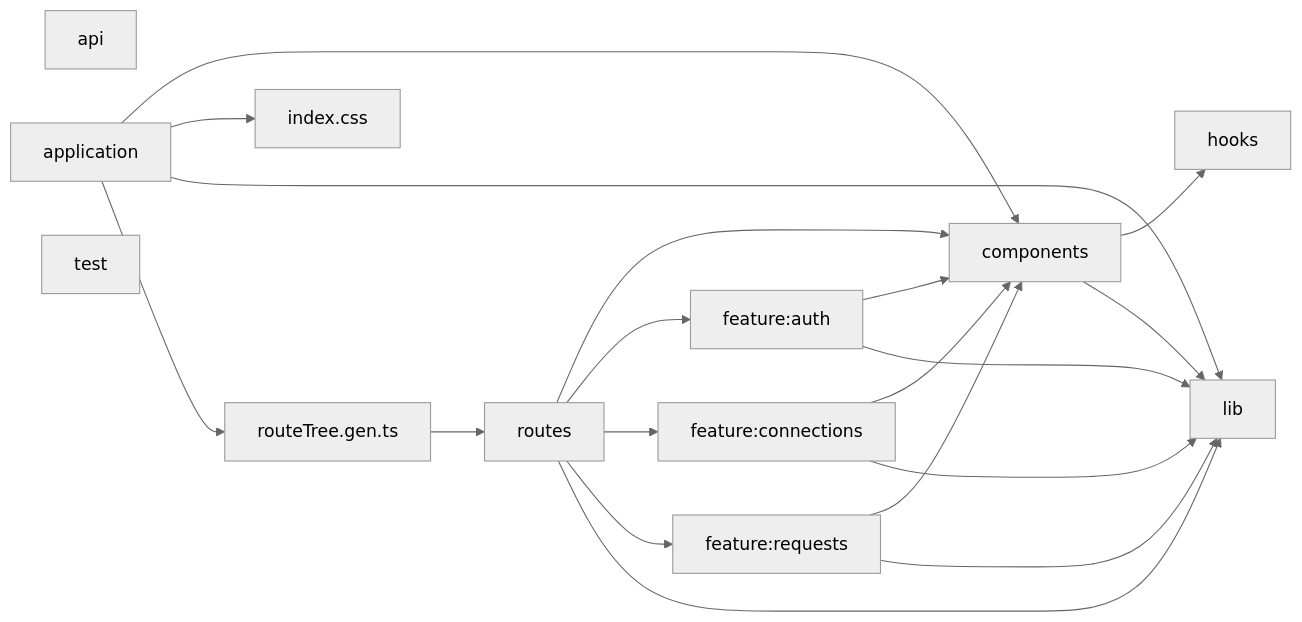
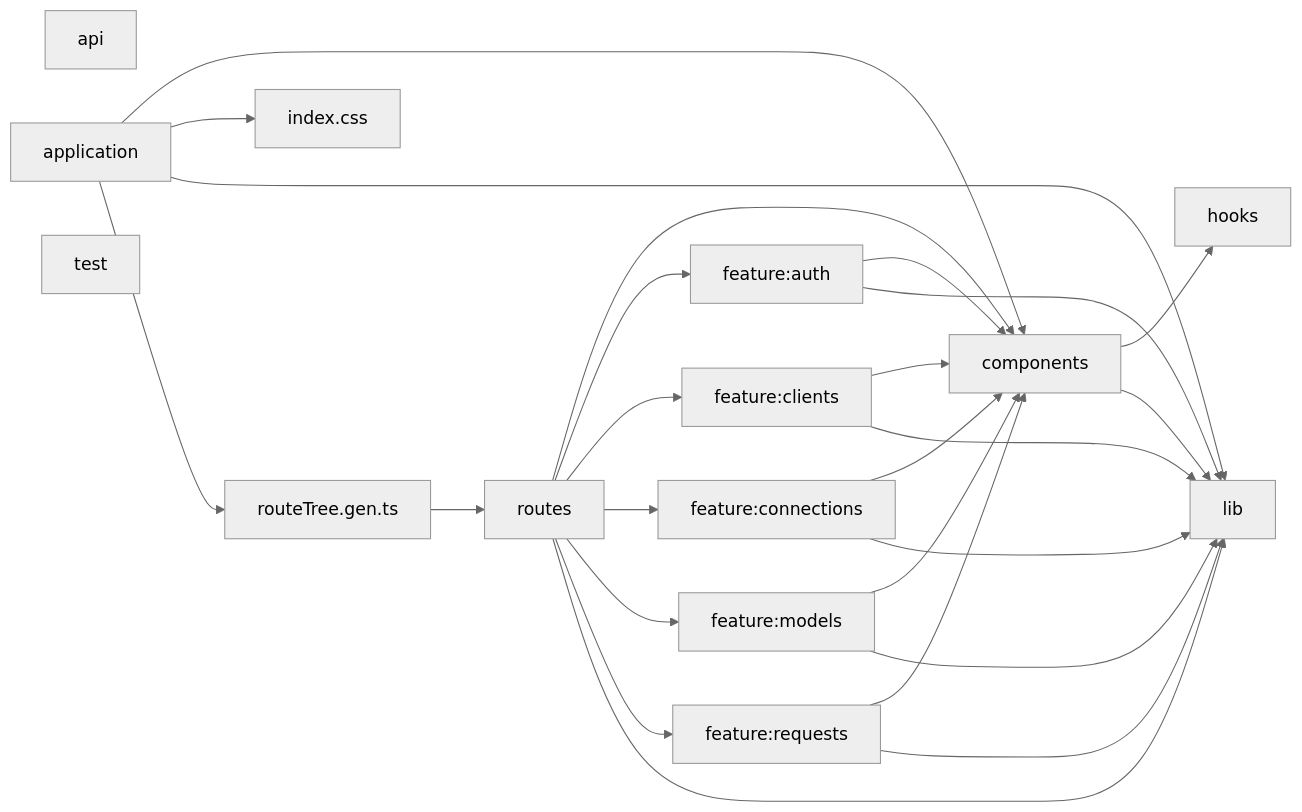
One commit to zzwtsy/ai-api-gateway changed the second of 2 diagrams in docs/architecture/generated-module-graph.md. Above: the diagram before and after it, drawn with Mermaid (neutral theme). The commit also changed other lines of this file and 18 other files, not shown here.

````diff
--- a/docs/architecture/generated-module-graph.md
+++ b/docs/architecture/generated-module-graph.md
@@ -87,33 +105,41 @@
 ```mermaid
 flowchart LR
   n_617069["api"]
   n_6170706c69636174696f6e["application"]
   n_636f6d706f6e656e7473["components"]
   n_666561747572653a61757468["feature:auth"]
+  n_666561747572653a636c69656e7473["feature:clients"]
   n_666561747572653a636f6e6e656374696f6e73["feature:connections"]
+  n_666561747572653a6d6f64656c73["feature:models"]
   n_666561747572653a7265717565737473["feature:requests"]
   n_686f6f6b73["hooks"]
   n_696e6465782e637373["index.css"]
   n_6c6962["lib"]
   n_726f757465547265652e67656e2e7473["routeTree.gen.ts"]
   n_726f75746573["routes"]
   n_74657374["test"]
   n_6170706c69636174696f6e --> n_636f6d706f6e656e7473
   n_6170706c69636174696f6e --> n_696e6465782e637373
   n_6170706c69636174696f6e --> n_6c6962
   n_6170706c69636174696f6e --> n_726f757465547265652e67656e2e7473
   n_636f6d706f6e656e7473 --> n_686f6f6b73
   n_636f6d706f6e656e7473 --> n_6c6962
   n_666561747572653a61757468 --> n_636f6d706f6e656e7473
   n_666561747572653a61757468 --> n_6c6962
+  n_666561747572653a636c69656e7473 --> n_636f6d706f6e656e7473
+  n_666561747572653a636c69656e7473 --> n_6c6962
   n_666561747572653a636f6e6e656374696f6e73 --> n_636f6d706f6e656e7473
   n_666561747572653a636f6e6e656374696f6e73 --> n_6c6962
+  n_666561747572653a6d6f64656c73 --> n_636f6d706f6e656e7473
+  n_666561747572653a6d6f64656c73 --> n_6c6962
   n_666561747572653a7265717565737473 --> n_636f6d706f6e656e7473
   n_666561747572653a7265717565737473 --> n_6c6962
   n_726f75746573 --> n_636f6d706f6e656e7473
   n_726f75746573 --> n_666561747572653a61757468
+  n_726f75746573 --> n_666561747572653a636c69656e7473
   n_726f75746573 --> n_666561747572653a636f6e6e656374696f6e73
+  n_726f75746573 --> n_666561747572653a6d6f64656c73
   n_726f75746573 --> n_666561747572653a7265717565737473
   n_726f75746573 --> n_6c6962
   n_726f757465547265652e67656e2e7473 --> n_726f75746573
 ```
````
